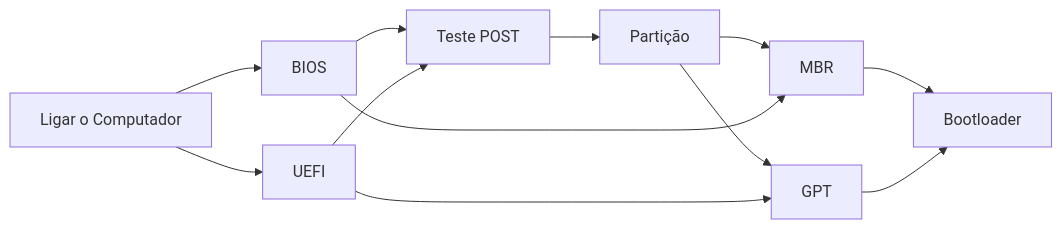
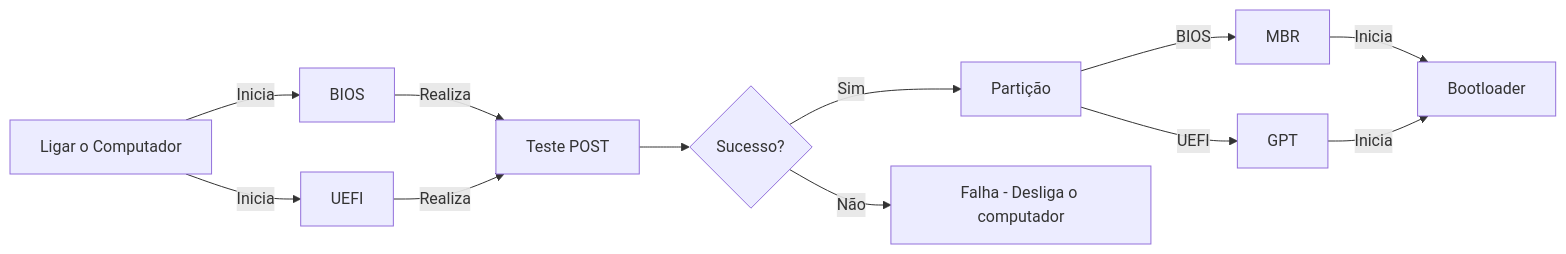
One commit to FelpzzzEX/LecOS changed the diagram in Sistema_Principal/Modulo 1 - Inicio/1-Inicio.md. Above: the diagram before and after it, drawn with Mermaid. The commit also changed other lines of this file and 3 other files, not shown here.

````diff
--- a/Sistema_Principal/Modulo 1 - Inicio/1-Inicio.md
+++ b/Sistema_Principal/Modulo 1 - Inicio/1-Inicio.md
@@ -36,15 +36,15 @@
 ```mermaid
 flowchart LR
-  A["Ligar o Computador"] --> B["BIOS"]
-  A --> C["UEFI"]
-  B --> D["Teste POST"]
-  C --> D["Teste POST"]
-  D --> E["Partição"]
-  E --> F["MBR"]
-  E --> G["GPT"]
-  F --> H["Bootloader"]
-  G --> H
-  B --> F
-  C --> G
+  A["Ligar o Computador"] -->|Inicia| B["BIOS"]
+  A -->|Inicia| C["UEFI"]
+  B -->|Realiza| D["Teste POST"]
+  C -->|Realiza| D
+  D -->I{"Sucesso?"}
+  I -->|Sim| E["Partição"]
+  I -->|Não| J["Falha - Desliga o computador"]
+  E -->|BIOS| F["MBR"]
+  E -->|UEFI| G["GPT"]
+  F -->|Inicia| H["Bootloader"]
+  G -->|Inicia| H
 
 ```
````
